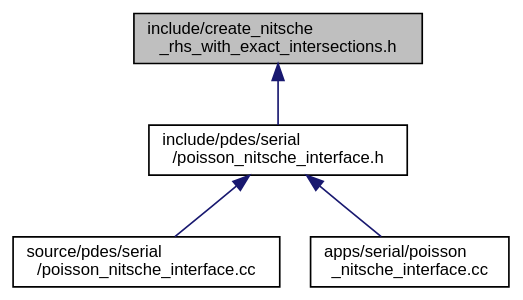
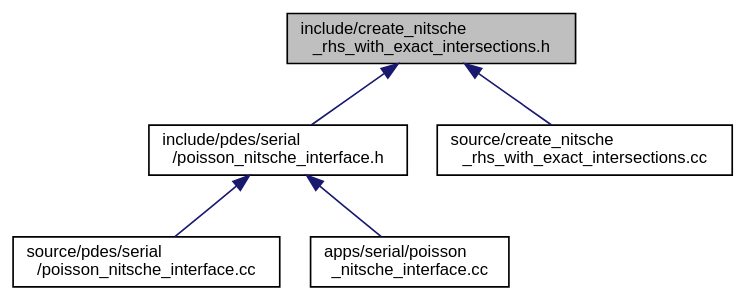
The diagram in create__nitsche__rhs__with__exact__intersections_8h__dep__incl.dot (luca-heltai/fsi-suite), drawn with Graphviz before and after one commit. The commit also changed 487 other files, not shown here.

```diff
--- a/create__nitsche__rhs__with__exact__intersections_8h__dep__incl.dot
+++ b/create__nitsche__rhs__with__exact__intersections_8h__dep__incl.dot
@@ -1,14 +1,16 @@
 digraph "include/create_nitsche_rhs_with_exact_intersections.h"
 {
  // LATEX_PDF_SIZE
   bgcolor="transparent";
   edge [fontname="Helvetica",fontsize="10",labelfontname="Helvetica",labelfontsize="10"];
   node [fontname="Helvetica",fontsize="10",shape=record];
   Node1 [label="include/create_nitsche\l_rhs_with_exact_intersections.h",height=0.2,width=0.4,color="black", fillcolor="grey75", style="filled", fontcolor="black",tooltip=" "];
   Node1 -> Node2 [dir="back",color="midnightblue",fontsize="10",style="solid",fontname="Helvetica"];
   Node2 [label="include/pdes/serial\l/poisson_nitsche_interface.h",height=0.2,width=0.4,color="black",URL="$poisson__nitsche__interface_8h.html",tooltip=" "];
   Node2 -> Node3 [dir="back",color="midnightblue",fontsize="10",style="solid",fontname="Helvetica"];
   Node3 [label="source/pdes/serial\l/poisson_nitsche_interface.cc",height=0.2,width=0.4,color="black",URL="$source_2pdes_2serial_2poisson__nitsche__interface_8cc.html",tooltip=" "];
   Node2 -> Node4 [dir="back",color="midnightblue",fontsize="10",style="solid",fontname="Helvetica"];
   Node4 [label="apps/serial/poisson\l_nitsche_interface.cc",height=0.2,width=0.4,color="black",URL="$apps_2serial_2poisson__nitsche__interface_8cc.html",tooltip=" "];
+  Node1 -> Node5 [dir="back",color="midnightblue",fontsize="10",style="solid",fontname="Helvetica"];
+  Node5 [label="source/create_nitsche\l_rhs_with_exact_intersections.cc",height=0.2,width=0.4,color="black",URL="$create__nitsche__rhs__with__exact__intersections_8cc.html",tooltip=" "];
 }
```
